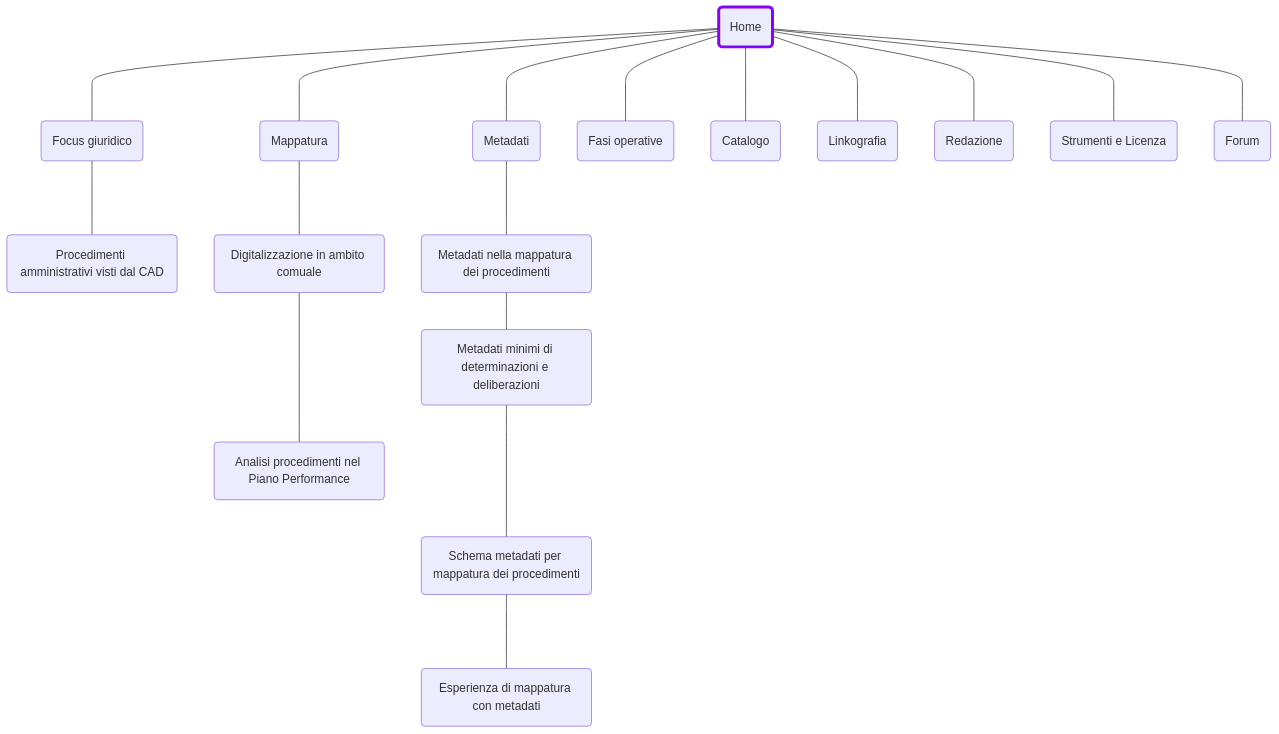
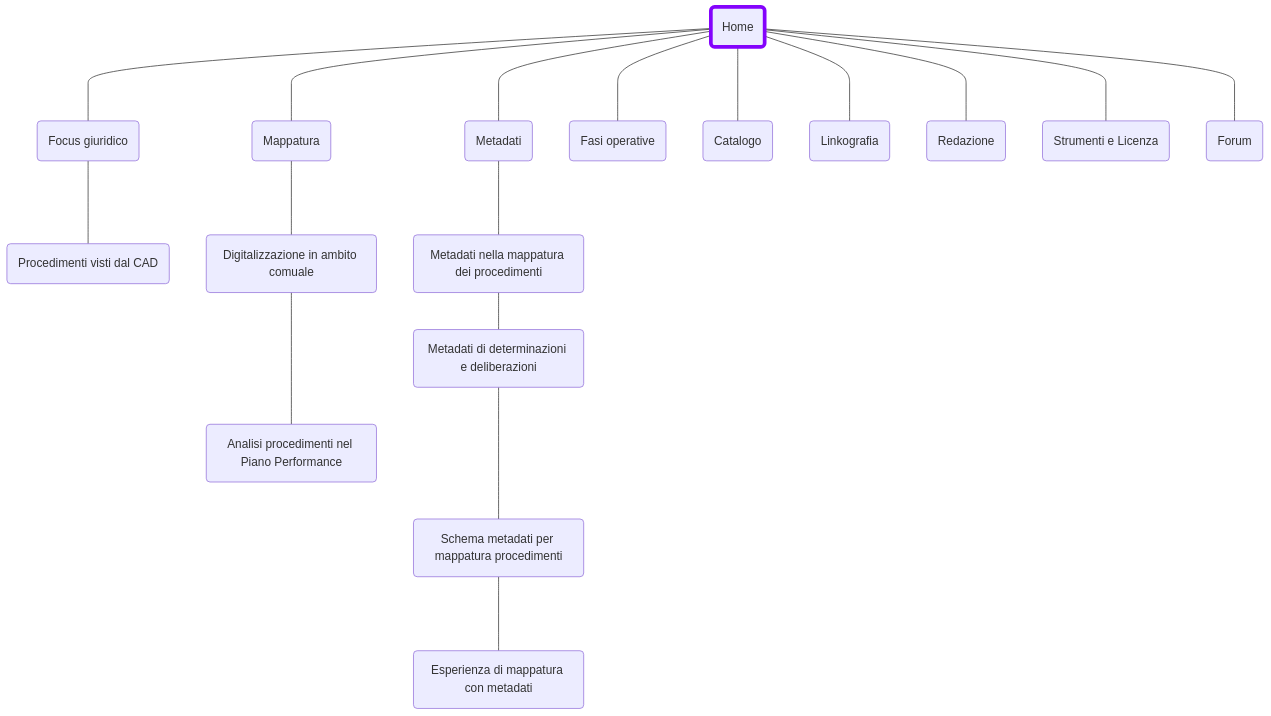
One commit to UO-TransizioneDigitaleComunePalermo/mappatura-procedimenti-amministrativi changed the diagram in docs/site-map.md. Above: the diagram before and after it, drawn with Mermaid. The commit also changed other lines of this file, not shown here.

````diff
--- a/docs/site-map.md
+++ b/docs/site-map.md
@@ -43,38 +43,38 @@
 ``` mermaid
 graph TB
 A(Home)
 A ---- B(Focus giuridico);
 A ---- C(Mappatura);
 A ---- D(Metadati);
 A ---- E(Fasi operative);
 A ---- F(Catalogo);
 A ---- G(Linkografia);
 A ---- H(Redazione);
 A ---- I(Strumenti e Licenza);
 A ---- L(Forum);
-B ---- B1(Procedimenti amministrativi visti dal CAD);
+B ---- B1(Procedimenti visti dal CAD);
 C ---- C1(Digitalizzazione in ambito comuale);
 C1 ---- C2(Analisi procedimenti nel Piano Performance);
 D ---- D1(Metadati nella mappatura dei procedimenti);
-D1 --- D2(Metadati minimi di determinazioni e deliberazioni);
-D2 ---- D3(Schema metadati per mappatura dei procedimenti);
+D1 --- D2(Metadati di determinazioni e deliberazioni);
+D2 ---- D3(Schema metadati per mappatura procedimenti);
 D3 ---- D4(Esperienza di mappatura con metadati);
 click A "https://uo-transizionedigitalecomunepalermo.github.io/mappatura-procedimenti-amministrativi/" _blank
 click B "https://uo-transizionedigitalecomunepalermo.github.io/mappatura-procedimenti-amministrativi/contenuti/focus-giuridico/" _blank
 click B1 "https://uo-transizionedigitalecomunepalermo.github.io/mappatura-procedimenti-amministrativi/contenuti/cad/" _blank
 click C "https://uo-transizionedigitalecomunepalermo.github.io/mappatura-procedimenti-amministrativi/contenuti/digitalizzazione-ambito-comunale/" _blank
 click C1 "https://uo-transizionedigitalecomunepalermo.github.io/mappatura-procedimenti-amministrativi/contenuti/digitalizzazione-ambito-comunale/" _blank
 click C2 "https://uo-transizionedigitalecomunepalermo.github.io/mappatura-procedimenti-amministrativi/contenuti/esperienza-analisi/" _blank
 click D "https://uo-transizionedigitalecomunepalermo.github.io/mappatura-procedimenti-amministrativi/contenuti/metadati/" _blank
 click D1 "https://uo-transizionedigitalecomunepalermo.github.io/mappatura-procedimenti-amministrativi/contenuti/metadati/" _blank
 click D2 "https://uo-transizionedigitalecomunepalermo.github.io/mappatura-procedimenti-amministrativi/contenuti/metadati-determinazione-deliberazione/" _blank
 click D3 "https://uo-transizionedigitalecomunepalermo.github.io/mappatura-procedimenti-amministrativi/contenuti/schema-metadati/" _blank
 click D4 "https://uo-transizionedigitalecomunepalermo.github.io/mappatura-procedimenti-amministrativi/contenuti/esperienza-metadatazione/" _blank
 click E "https://uo-transizionedigitalecomunepalermo.github.io/mappatura-procedimenti-amministrativi/contenuti/fasi-operative/" _blank
 click F "https://uo-transizionedigitalecomunepalermo.github.io/mappatura-procedimenti-amministrativi/contenuti/catalogo/" _blank
 click G "https://uo-transizionedigitalecomunepalermo.github.io/mappatura-procedimenti-amministrativi/contenuti/linkografia/" _blank
 click H "https://uo-transizionedigitalecomunepalermo.github.io/mappatura-procedimenti-amministrativi/contenuti/redazione/" _blank
 click I "https://uo-transizionedigitalecomunepalermo.github.io/mappatura-procedimenti-amministrativi/contenuti/strumenti/" _blank
 click L "https://github.com/UO-TransizioneDigitaleComunePalermo/mappatura-procedimenti-amministrativi/discussions" _blank
-style A stroke:#8403fc,stroke-width:4px  
+style A stroke:#8403fc,stroke-width:5px  
 ```
````
